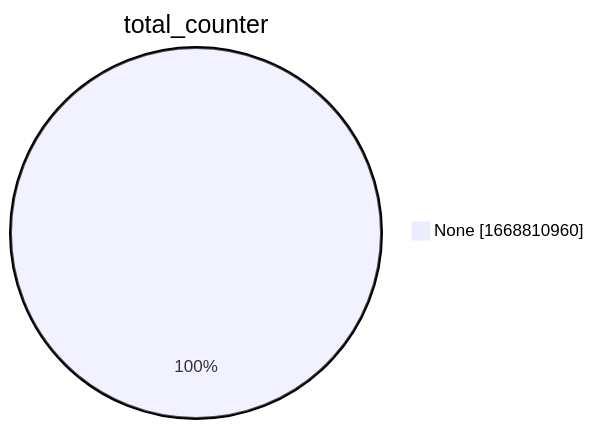
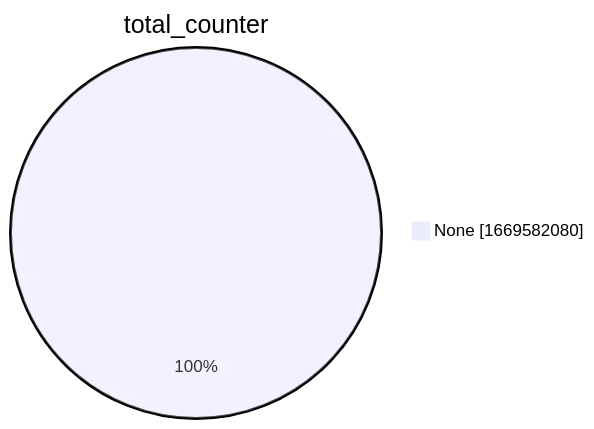
One commit to christiankrug/ctmonitor_visualization changed the second of 15 diagrams in xenon2022/README.md. Above: the diagram before and after it, drawn with Mermaid. The commit also changed other lines of this file, not shown here.

````diff
--- a/xenon2022/README.md
+++ b/xenon2022/README.md
@@ -9,5 +9,5 @@
 ```mermaid
 pie showData
 title total_counter
-"None" :1668810960
+"None" :1669582080
 ```
````
